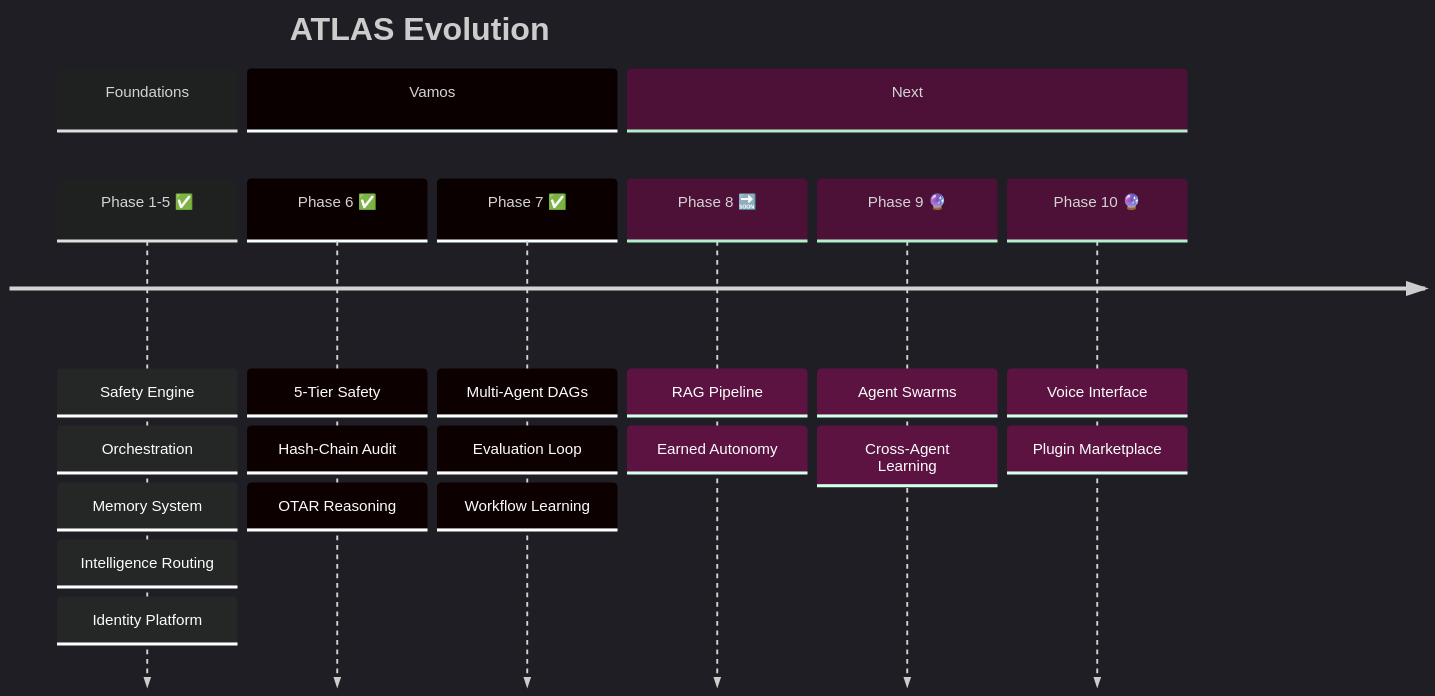
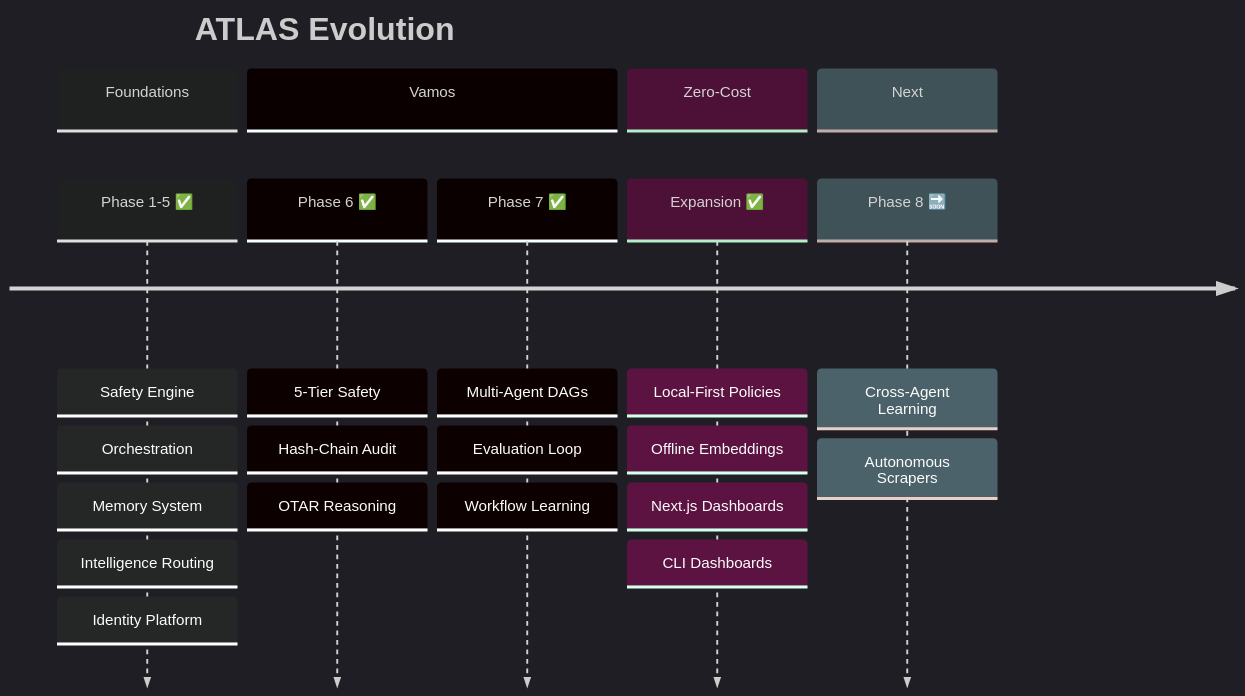
Before and after one commit to aman-bhaskar-codes/ATLAS: the third of 3 diagrams in README.md, drawn with Mermaid. The commit also changed other lines of this file and 13 other files, not shown here.

Commit message:
feat: implement Zero-Cost-First platform architecture with provider failover, cost governance, and free-tier documentation

````diff
--- a/README.md
+++ b/README.md
@@ -758,25 +760,26 @@
 ```mermaid
 %%{init: {'theme': 'dark'}}%%
 timeline
     title ATLAS Evolution
     section Foundations
         Phase 1-5 ✅ : Safety Engine
                      : Orchestration
                      : Memory System
                      : Intelligence Routing
                      : Identity Platform
     section Vamos
         Phase 6 ✅ : 5-Tier Safety
                    : Hash-Chain Audit
                    : OTAR Reasoning
         Phase 7 ✅ : Multi-Agent DAGs
                    : Evaluation Loop
                    : Workflow Learning
+    section Zero-Cost
+        Expansion ✅ : Local-First Policies
+                     : Offline Embeddings
+                     : Next.js Dashboards
+                     : CLI Dashboards
     section Next
-        Phase 8 🔜 : RAG Pipeline
-                   : Earned Autonomy
-        Phase 9 🔮 : Agent Swarms
-                   : Cross-Agent Learning
-        Phase 10 🔮 : Voice Interface
-                    : Plugin Marketplace
+        Phase 8 🔜 : Cross-Agent Learning
+                   : Autonomous Scrapers
 ```
````
